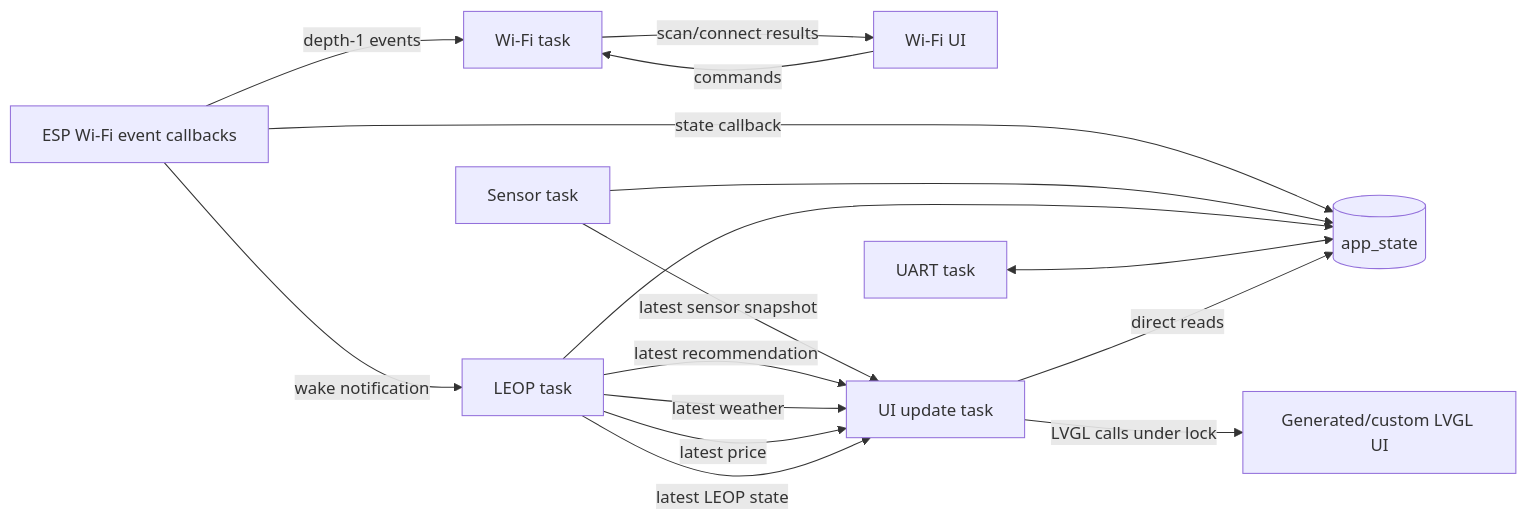
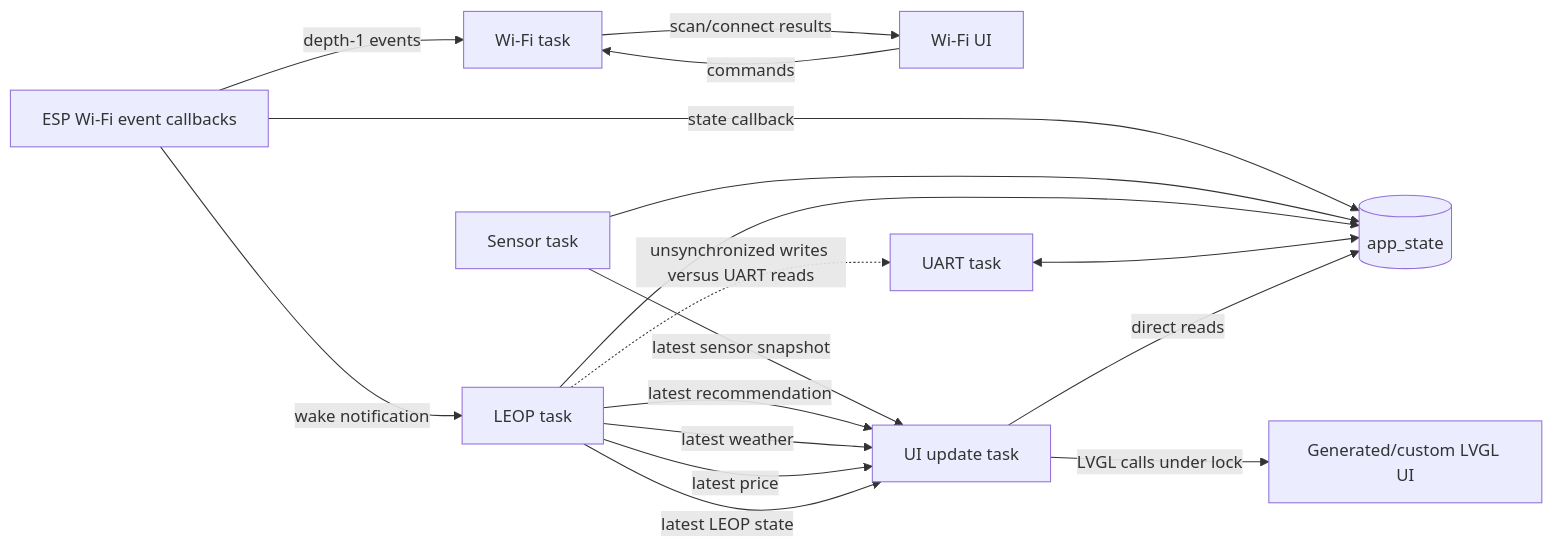
One commit to keseboleliasteliacom/14_LVGL_BTN changed the third of 4 diagrams in docs/architecture.md. Above: the diagram before and after it, drawn with Mermaid. The commit also changed other lines of this file and 20 other files, not shown here.

````diff
--- a/docs/architecture.md
+++ b/docs/architecture.md
@@ -170,21 +175,22 @@
 ```mermaid
 flowchart LR
     Events[ESP Wi-Fi event callbacks] -->|depth-1 events| WiFi[Wi-Fi task]
     WiFiUI[Wi-Fi UI] -->|commands| WiFi
     WiFi -->|scan/connect results| WiFiUI
     Events -->|state callback| Shared[(app_state)]
     Events -->|wake notification| LEOP[LEOP task]
 
     Sensor[Sensor task] -->|latest sensor snapshot| UI[UI update task]
     Sensor --> Shared
 
     LEOP -->|latest recommendation| UI
     LEOP -->|latest weather| UI
     LEOP -->|latest price| UI
     LEOP -->|latest LEOP state| UI
     LEOP --> Shared
 
     UART[UART task] <--> Shared
+    LEOP -.->|unsynchronized writes versus UART reads| UART
     UI -->|direct reads| Shared
     UI -->|LVGL calls under lock| Widgets[Generated/custom LVGL UI]
 ```
````
